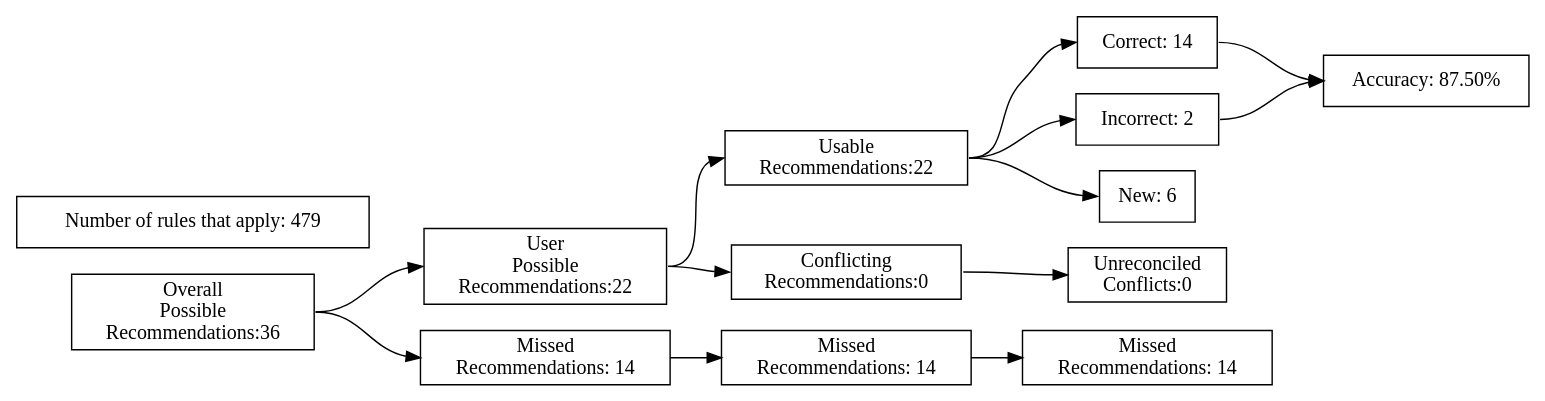
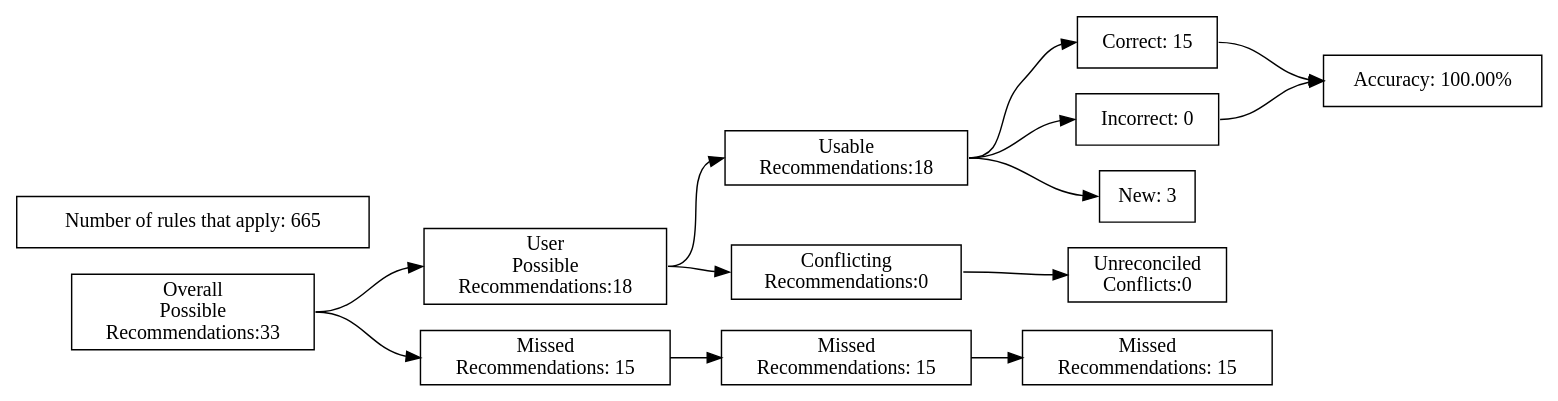
The diagram in test_renders/40.gv (ZaxR/ibd_diet_analysis), drawn with Graphviz before and after one commit. The commit also changed 228 other files, not shown here.

```diff
--- a/test_renders/40.gv
+++ b/test_renders/40.gv
@@ -1,40 +1,40 @@
 digraph {
 	graph [rankdir=LR]
 	node [pos=r shape=box]
 	edge [headport=w tailport=e]
 		A [label="Overall
 Possible
-Recommendations:36"]
+Recommendations:33"]
 		B [label="User
 Possible
-Recommendations:22"]
+Recommendations:18"]
 		C [label="Missed
-Recommendations: 14"]
+Recommendations: 15"]
 		D [label="Usable
-Recommendations:22"]
+Recommendations:18"]
 		E [label="Conflicting
 Recommendations:0"]
 		J [label="Missed
-Recommendations: 14"]
+Recommendations: 15"]
 		M [label="Unreconciled
 Conflicts:0"]
-		F [label="Correct: 14"]
-		G [label="Incorrect: 2"]
-		H [label="New: 6"]
+		F [label="Correct: 15"]
+		G [label="Incorrect: 0"]
+		H [label="New: 3"]
 		K [label="Missed
-Recommendations: 14"]
-		I [label="Accuracy: 87.50%"]
-		l [label="Number of rules that apply: 479"]
+Recommendations: 15"]
+		I [label="Accuracy: 100.00%"]
+		l [label="Number of rules that apply: 665"]
 			A -> B
 			A -> C
 			B -> D
 			B -> E
 			D -> F
 			D -> G
 			D -> H
 			F -> I
 			G -> I
 			C -> J
 			J -> K
 			E -> M
 }
```
